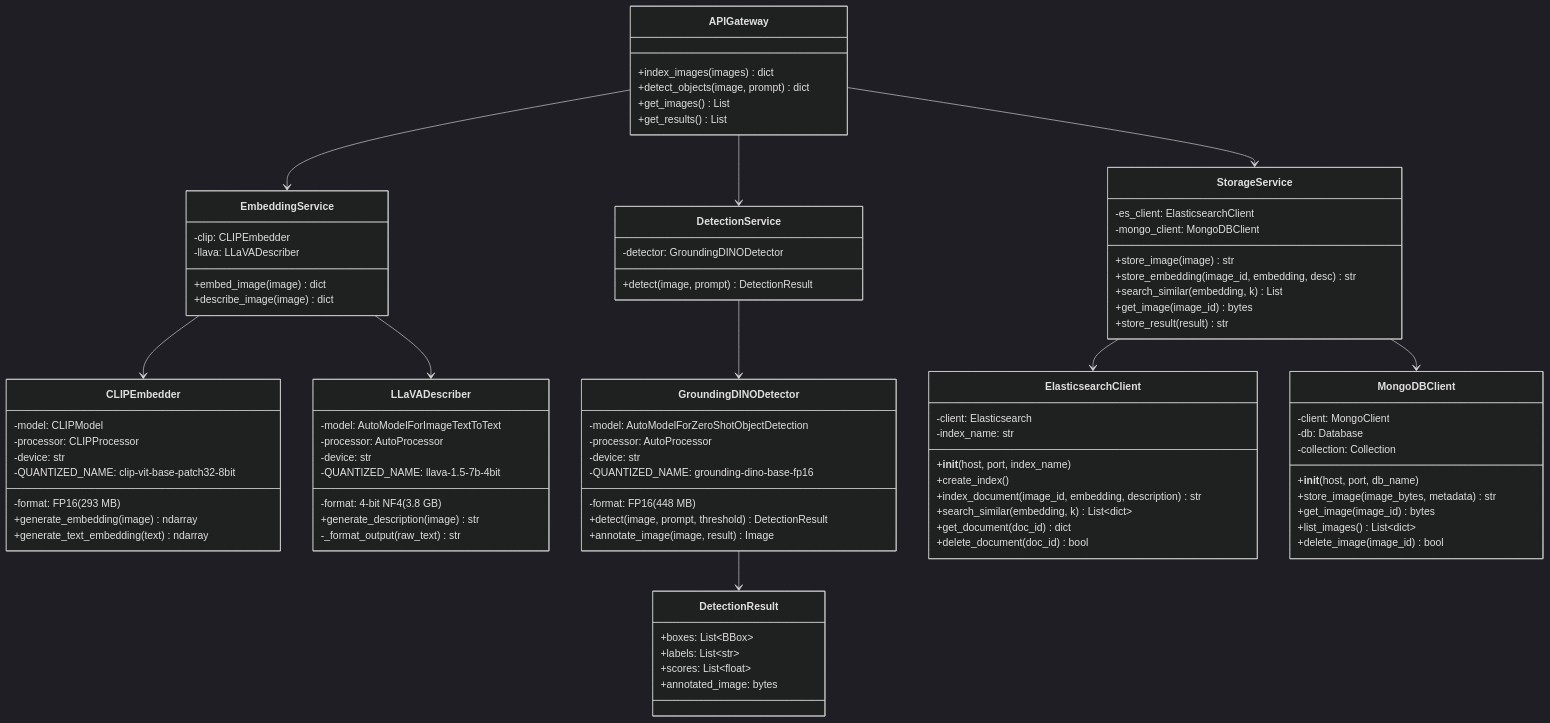
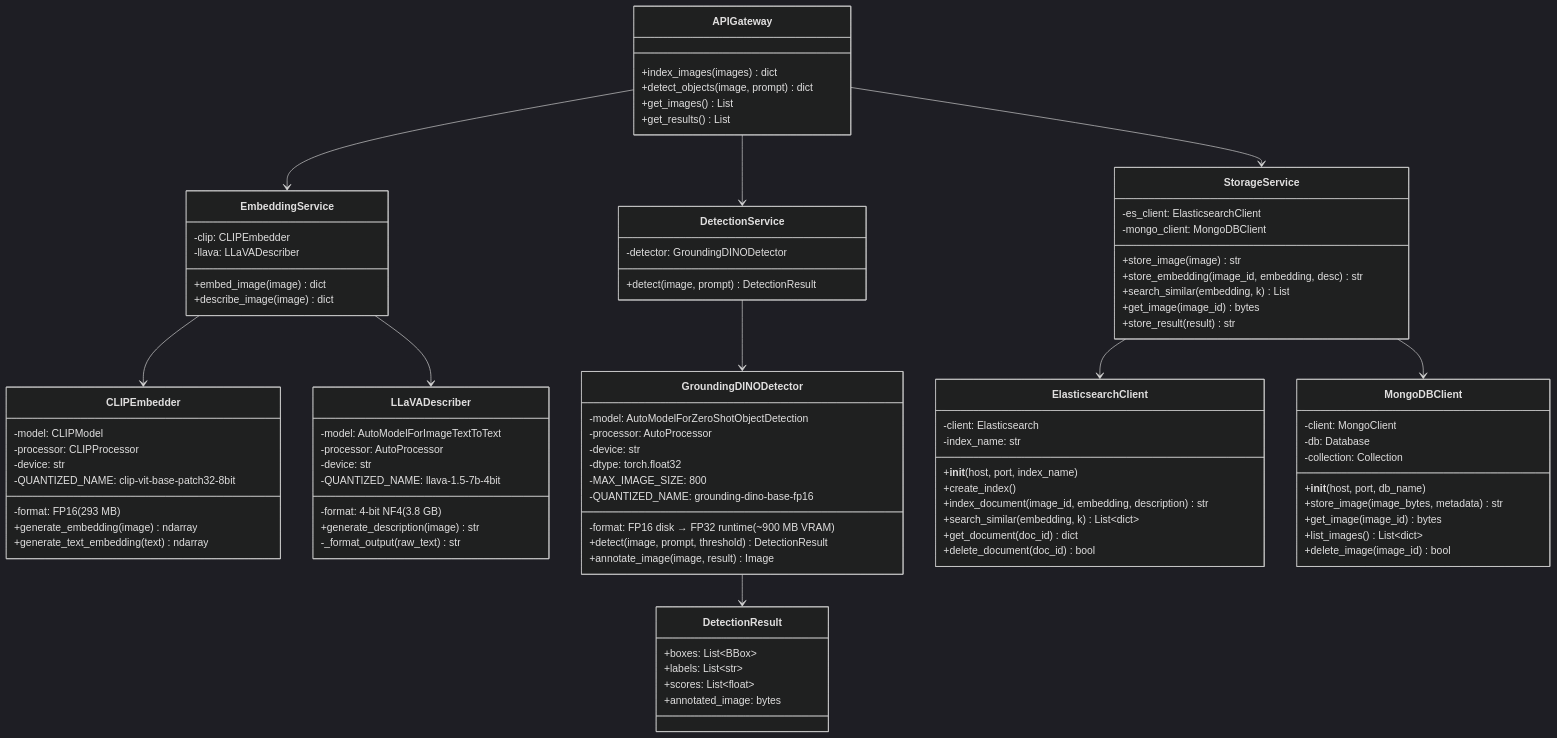
One commit to NouhaBHY/multimodalRAG_open-set-object-detection_VLLM changed the fifth of 5 diagrams in docs/diagrams.md. Above: the diagram before and after it, drawn with Mermaid (dark theme). The commit also changed other lines of this file and 2 other files, not shown here.

Commit message:
docs: update DINO runtime info — FP16 disk, FP32 runtime, 800px resize
- Grounding DINO saved as FP16 (448 MB) but loaded in FP32 at runtime
  due to internal BERT text backbone FP32/FP16 dtype conflict
- Images resized to max 800px longest side to fit in 8 GB VRAM
- Updated VRAM requirements, model details, class diagram, architecture

```diff
--- a/docs/diagrams.md
+++ b/docs/diagrams.md
@@ -187,8 +187,10 @@
         -model: AutoModelForZeroShotObjectDetection
         -processor: AutoProcessor
         -device: str
+        -dtype: torch.float32
+        -MAX_IMAGE_SIZE: 800
         -QUANTIZED_NAME: grounding-dino-base-fp16
-        -format: FP16 (448 MB)
+        -format: FP16 disk → FP32 runtime (~900 MB VRAM)
         +detect(image, prompt, threshold) DetectionResult
         +annotate_image(image, result) Image
     }
```
